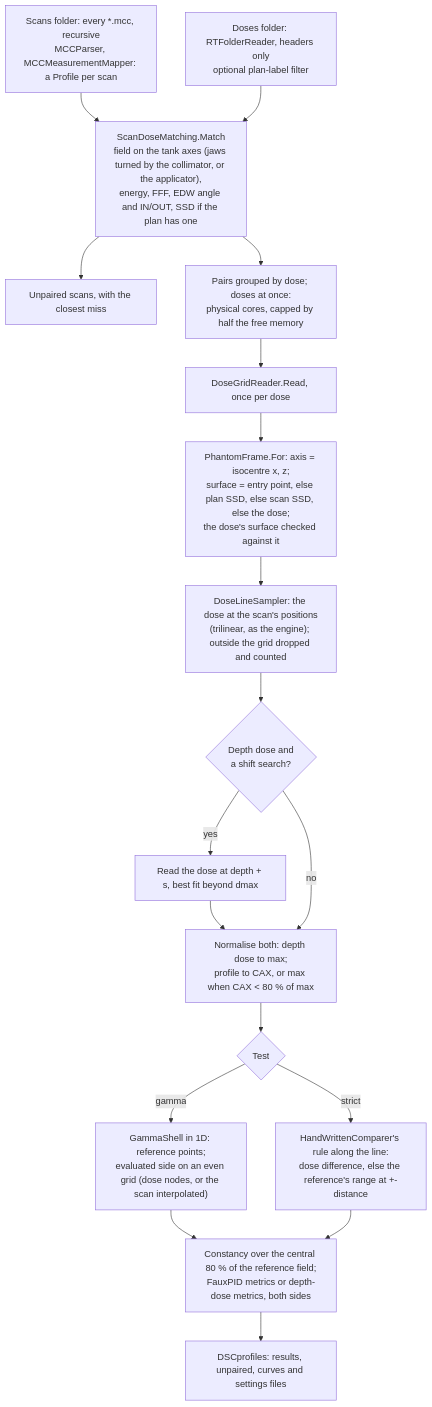
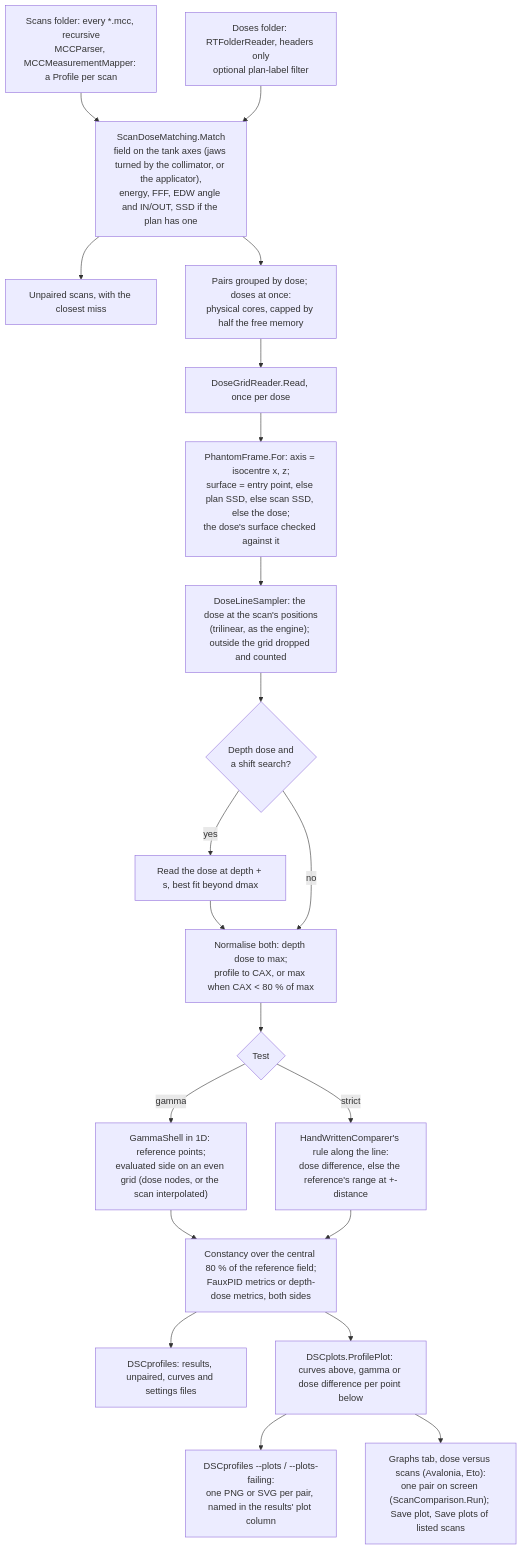
One commit to crcrewso/DicomStrictCompare changed the fifth of 5 diagrams in design/data-flow.md. Above: the diagram before and after it, drawn with Mermaid. The commit also changed other lines of this file and 18 other files, not shown here.

````diff
--- a/design/data-flow.md
+++ b/design/data-flow.md
@@ -107,19 +107,22 @@
 ```mermaid
 flowchart TD
     scans["Scans folder: every *.mcc, recursive<br/>MCCParser, MCCMeasurementMapper: a Profile per scan"] --> pair
     doses["Doses folder: RTFolderReader, headers only<br/>optional plan-label filter"] --> pair
     pair["ScanDoseMatching.Match<br/>field on the tank axes (jaws turned by the collimator, or the applicator),<br/>energy, FFF, EDW angle and IN/OUT, SSD if the plan has one"] --> unpaired["Unpaired scans, with the closest miss"]
     pair --> group["Pairs grouped by dose; doses at once:<br/>physical cores, capped by half the free memory"]
     group --> load["DoseGridReader.Read, once per dose"]
     load --> frame["PhantomFrame.For: axis = isocentre x, z;<br/>surface = entry point, else plan SSD, else scan SSD, else the dose;<br/>the dose's surface checked against it"]
     frame --> sample["DoseLineSampler: the dose at the scan's positions<br/>(trilinear, as the engine); outside the grid dropped and counted"]
     sample --> shift{"Depth dose and<br/>a shift search?"}
     shift -- yes --> best["Read the dose at depth + s, best fit beyond dmax"] --> norm
     shift -- no --> norm["Normalise both: depth dose to max;<br/>profile to CAX, or max when CAX &lt; 80 % of max"]
     norm --> test{"Test"}
     test -- gamma --> gamma["GammaShell in 1D: reference points;<br/>evaluated side on an even grid (dose nodes, or the scan interpolated)"]
     test -- strict --> strict["HandWrittenComparer's rule along the line:<br/>dose difference, else the reference's range at +-distance"]
     gamma --> extra
     strict --> extra["Constancy over the central 80 % of the reference field;<br/>FauxPID metrics or depth-dose metrics, both sides"]
     extra --> csv["DSCprofiles: results, unpaired, curves and settings files"]
+    extra --> figure["DSCplots.ProfilePlot: curves above, gamma or dose difference per point below"]
+    figure --> files["DSCprofiles --plots / --plots-failing:<br/>one PNG or SVG per pair, named in the results' plot column"]
+    figure --> gui["Graphs tab, dose versus scans (Avalonia, Eto):<br/>one pair on screen (ScanComparison.Run); Save plot, Save plots of listed scans"]
 ```
````
